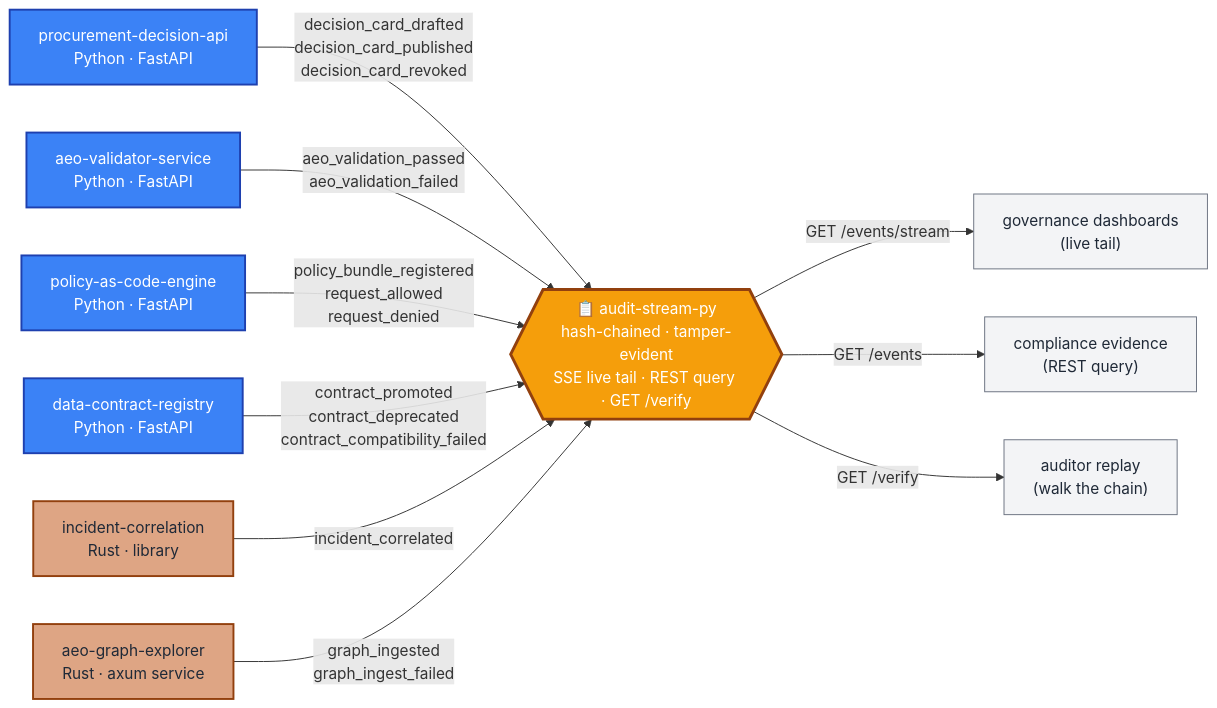
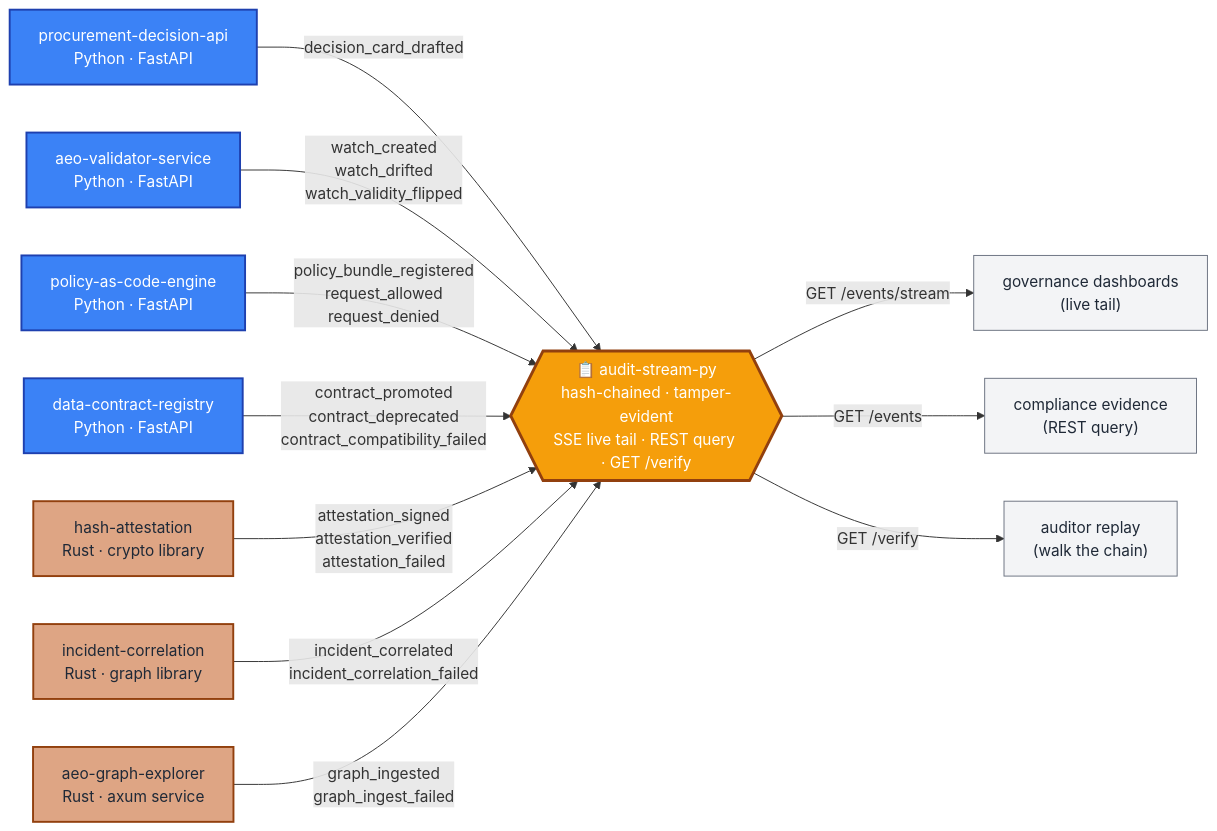
The second of 2 diagrams in README.md (mizcausevic-dev/mizcausevic-dev), drawn with Mermaid before and after one commit. The commit also changed other lines of this file, not shown here.

Commit message:
docs: correct audit-stream fan-in diagram to actual wired event kinds
The v1 of the fan-in diagram had aspirational labels in two places that
don't match the actual code:
  - procurement-decision-api emits only `decision_card_drafted`, not
    three kinds (decision_card_published / _revoked aren't wired)
  - aeo-validator-service emits `watch_created`, `watch_drifted`,
    `watch_validity_flipped` — not `aeo_validation_passed/failed`
    which were a mis-recollection on my part

Also adds two producers that were already wired in the implementation
stack but missing from the fan-in: `hash-attestation` (3 kinds:
attestation_signed/_verified/_failed) and `aeo-graph-explorer`
(2 kinds: graph_ingested/_failed). Incident-correlation now emits
both `incident_correlated` and `incident_correlation_failed` via the
new correlate_with_audit producer method shipped in v0.1.2.

Final accurate state: **7 producers, 17 event kinds**.

````diff
--- a/README.md
+++ b/README.md
@@ -63,27 +63,29 @@
 ```mermaid
 flowchart LR
     classDef pyprod fill:#3b82f6,stroke:#1e40af,color:#fff,stroke-width:2px
     classDef rsprod fill:#dea584,stroke:#92400e,color:#1f2937,stroke-width:2px
     classDef spine fill:#f59e0b,stroke:#92400e,color:#fff,stroke-width:3px
     classDef sink fill:#f3f4f6,stroke:#6b7280,color:#1f2937
 
     PDA["procurement-decision-api<br/>Python · FastAPI"]:::pyprod
     AVS["aeo-validator-service<br/>Python · FastAPI"]:::pyprod
     PCE["policy-as-code-engine<br/>Python · FastAPI"]:::pyprod
     DCR["data-contract-registry<br/>Python · FastAPI"]:::pyprod
-    ICR["incident-correlation<br/>Rust · library"]:::rsprod
+    HA["hash-attestation<br/>Rust · crypto library"]:::rsprod
+    ICR["incident-correlation<br/>Rust · graph library"]:::rsprod
     AGE["aeo-graph-explorer<br/>Rust · axum service"]:::rsprod
 
-    PDA -->|"decision_card_drafted<br/>decision_card_published<br/>decision_card_revoked"| AS
-    AVS -->|"aeo_validation_passed<br/>aeo_validation_failed"| AS
+    PDA -->|"decision_card_drafted"| AS
+    AVS -->|"watch_created<br/>watch_drifted<br/>watch_validity_flipped"| AS
     PCE -->|"policy_bundle_registered<br/>request_allowed<br/>request_denied"| AS
     DCR -->|"contract_promoted<br/>contract_deprecated<br/>contract_compatibility_failed"| AS
-    ICR -->|"incident_correlated"| AS
+    HA -->|"attestation_signed<br/>attestation_verified<br/>attestation_failed"| AS
+    ICR -->|"incident_correlated<br/>incident_correlation_failed"| AS
     AGE -->|"graph_ingested<br/>graph_ingest_failed"| AS
 
     AS{{"📋 audit-stream-py<br/>hash-chained · tamper-evident<br/>SSE live tail · REST query · GET /verify"}}:::spine
 
     AS -->|GET /events/stream| LT["governance dashboards<br/>(live tail)"]:::sink
     AS -->|GET /events| Q["compliance evidence<br/>(REST query)"]:::sink
     AS -->|GET /verify| V["auditor replay<br/>(walk the chain)"]:::sink
 ```
````
